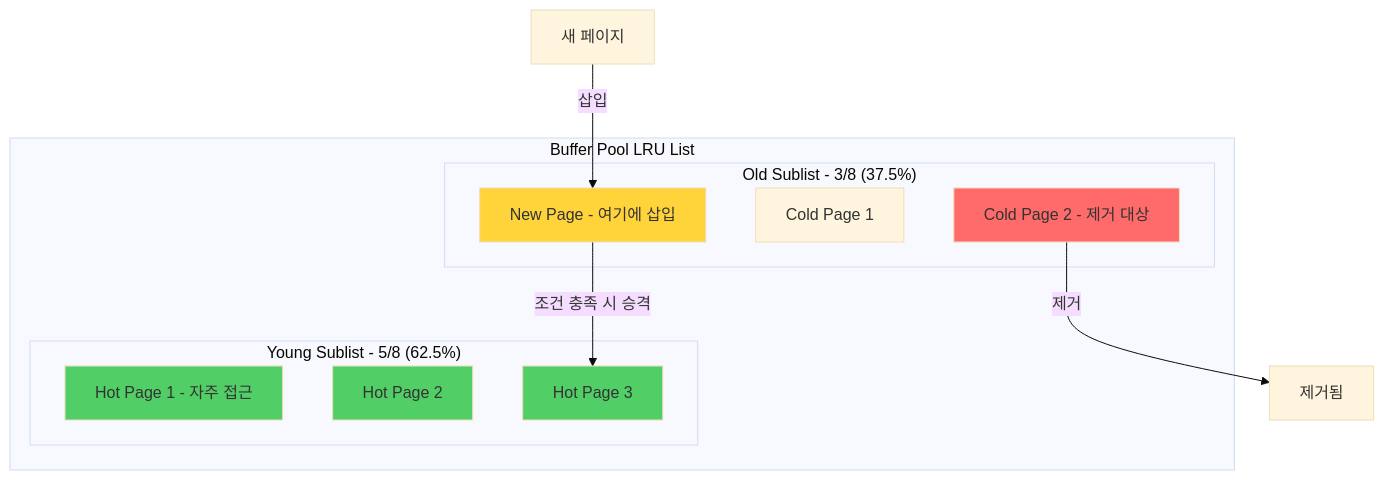
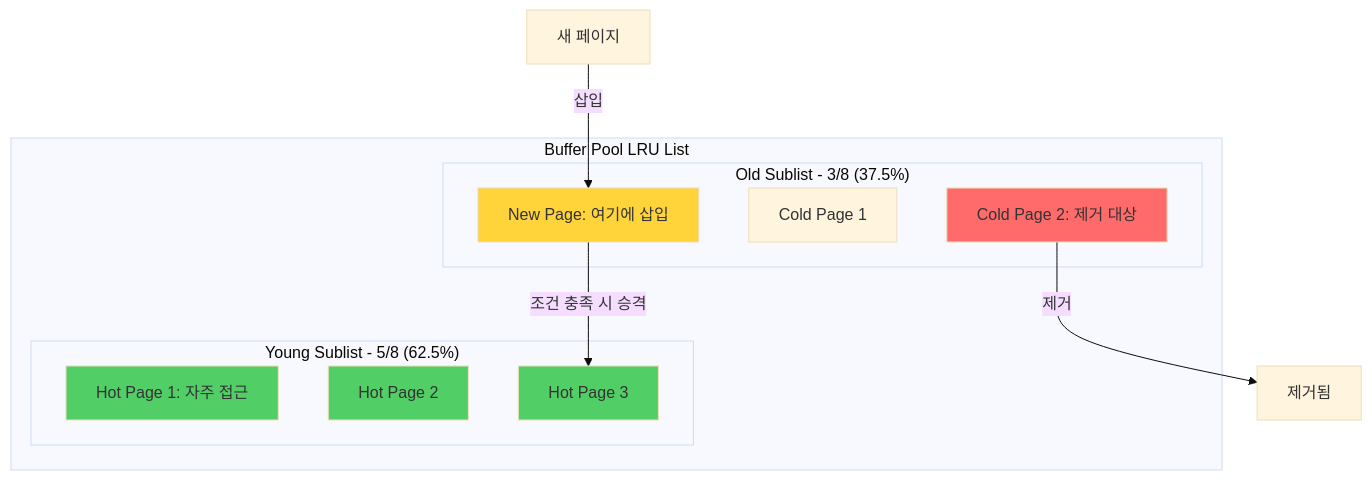
One commit to PreAgile/astro-paper changed the fifth of 11 diagrams in src/data/blog/ko/mysql-innodb-architecture-deep-dive.md. Above: the diagram before and after it, drawn with Mermaid. The commit also changed other lines of this file and 33 other files, not shown here.

First line of the commit message:
fix: 마크다운 및 Mermaid 렌더링 문제 수정

````diff
--- a/src/data/blog/ko/mysql-innodb-architecture-deep-dive.md
+++ b/src/data/blog/ko/mysql-innodb-architecture-deep-dive.md
@@ -368,26 +368,26 @@
 ```mermaid
 %%{init: {'theme':'base'}}%%
 graph TB
     subgraph "Buffer Pool LRU List"
         subgraph "Young Sublist - 5/8 (62.5%)"
-            Y1[Hot Page 1 - 자주 접근]
+            Y1["Hot Page 1: 자주 접근"]
             Y2[Hot Page 2]
             Y3[Hot Page 3]
         end
         subgraph "Old Sublist - 3/8 (37.5%)"
-            O1[New Page - 여기에 삽입]
+            O1["New Page: 여기에 삽입"]
             O2[Cold Page 1]
-            O3[Cold Page 2 - 제거 대상]
+            O3["Cold Page 2: 제거 대상"]
         end
     end
 
     NEW[새 페이지] -->|삽입| O1
     O1 -->|조건 충족 시 승격| Y3
     O3 -->|제거| EVICT[제거됨]
 
     style Y1 fill:#51cf66
     style Y2 fill:#51cf66
     style Y3 fill:#51cf66
     style O1 fill:#ffd43b
     style O3 fill:#ff6b6b
 ```
````
